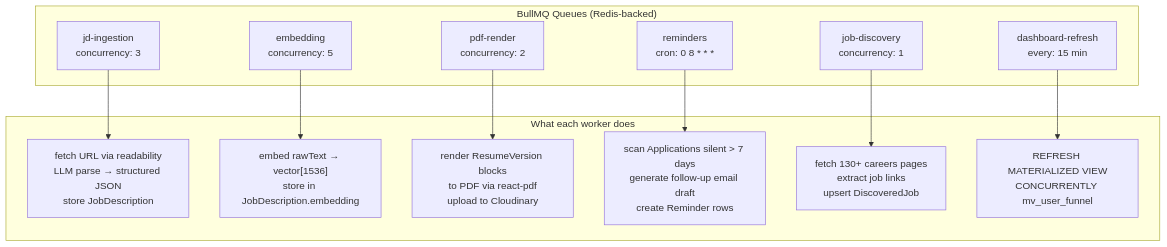
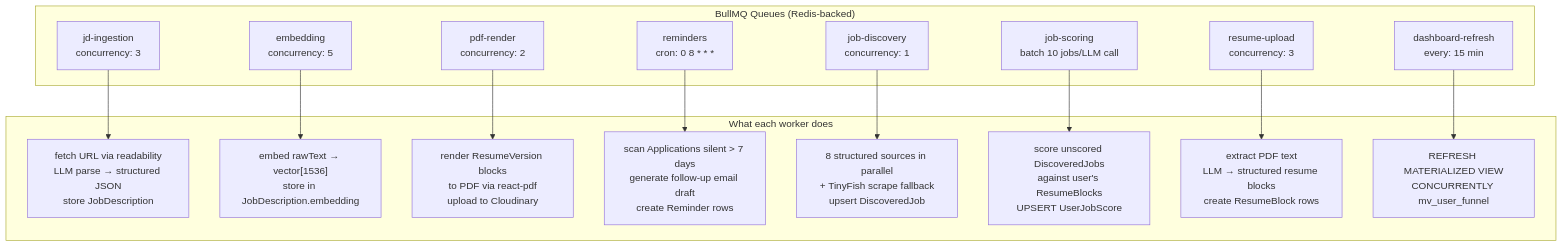
One commit to AdityaKrSingh26/Pursuit changed the seventh of 7 diagrams in docs/architecture.md. Above: the diagram before and after it, drawn with Mermaid. The commit also changed other lines of this file, not shown here.

First line of the commit message:
docs: update architecture.md for job-scoring, resume-upload, real discovery sources

````diff
--- a/docs/architecture.md
+++ b/docs/architecture.md
@@ -214,20 +218,24 @@
 ```mermaid
 flowchart TB
     subgraph Queues["BullMQ Queues (Redis-backed)"]
         Q1["jd-ingestion\nconcurrency: 3"]
         Q2["embedding\nconcurrency: 5"]
         Q3["pdf-render\nconcurrency: 2"]
         Q4["reminders\ncron: 0 8 * * *"]
         Q5["job-discovery\nconcurrency: 1"]
+        Q7["job-scoring\nbatch 10 jobs/LLM call"]
+        Q8["resume-upload\nconcurrency: 3"]
         Q6["dashboard-refresh\nevery: 15 min"]
     end
 
     subgraph Jobs["What each worker does"]
         Q1 --> J1["fetch URL via readability\nLLM parse → structured JSON\nstore JobDescription"]
         Q2 --> J2["embed rawText → vector[1536]\nstore in JobDescription.embedding"]
         Q3 --> J3["render ResumeVersion blocks\nto PDF via react-pdf\nupload to Cloudinary"]
         Q4 --> J4["scan Applications silent > 7 days\ngenerate follow-up email draft\ncreate Reminder rows"]
-        Q5 --> J5["fetch 130+ careers pages\nextract job links\nupsert DiscoveredJob"]
+        Q5 --> J5["8 structured sources in parallel\n+ TinyFish scrape fallback\nupsert DiscoveredJob"]
+        Q7 --> J7["score unscored DiscoveredJobs\nagainst user's ResumeBlocks\nUPSERT UserJobScore"]
+        Q8 --> J8["extract PDF text\nLLM → structured resume blocks\ncreate ResumeBlock rows"]
         Q6 --> J6["REFRESH MATERIALIZED VIEW\nCONCURRENTLY mv_user_funnel"]
     end
 ```
````
